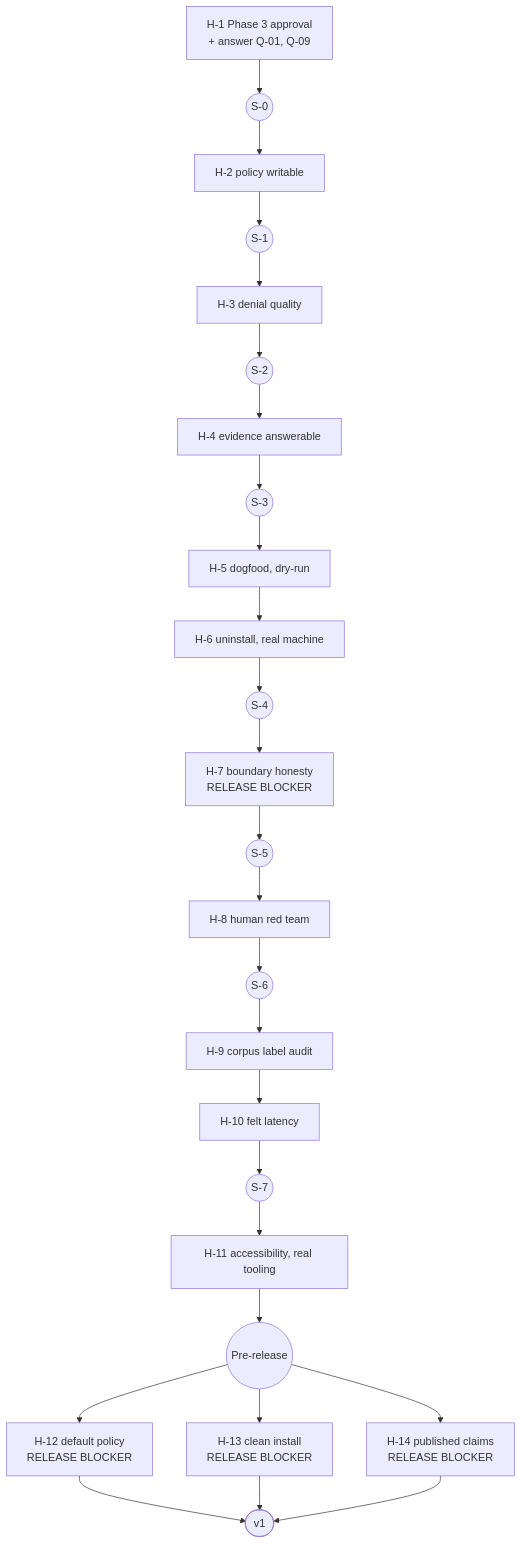
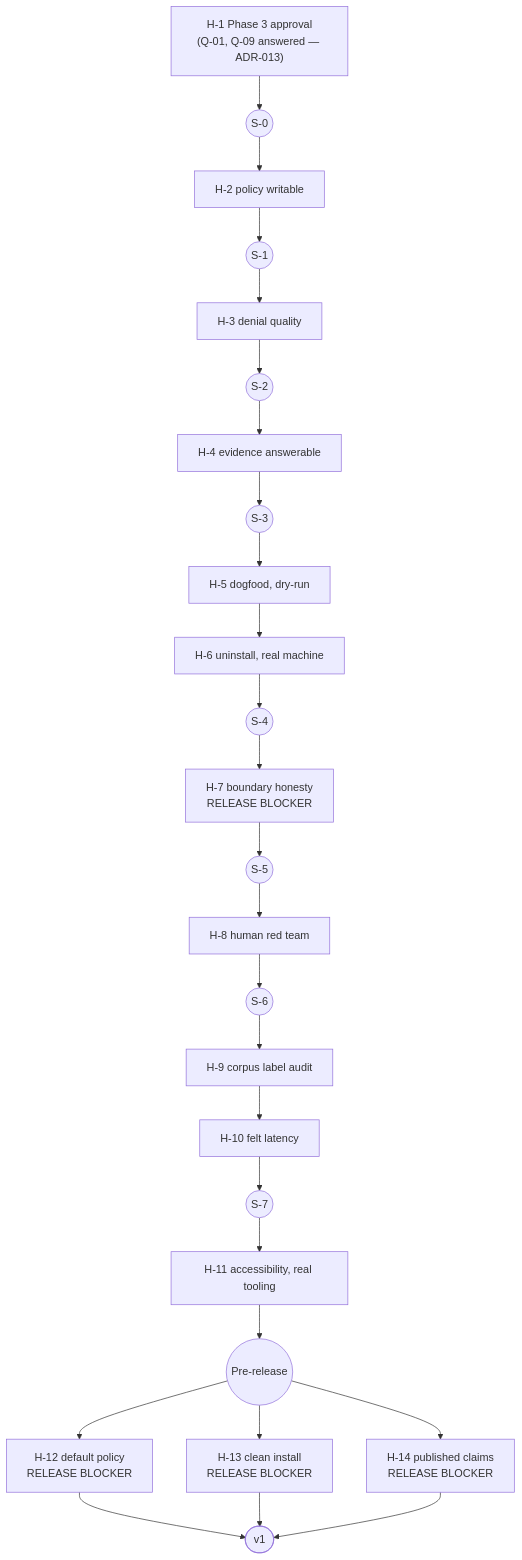
One commit to AriesNg/ai-guard-bot changed the second of 2 diagrams in docs/07-implementation/implementation-plan.md. Above: the diagram before and after it, drawn with Mermaid. The commit also changed other lines of this file and 13 other files, not shown here.

````diff
--- a/docs/07-implementation/implementation-plan.md
+++ b/docs/07-implementation/implementation-plan.md
@@ -320,19 +324,19 @@
 ```mermaid
 flowchart TD
-    H1["H-1 Phase 3 approval<br/>+ answer Q-01, Q-09"] --> S0(("S-0"))
+    H1["H-1 Phase 3 approval<br/>(Q-01, Q-09 answered — ADR-013)"] --> S0(("S-0"))
     S0 --> H2["H-2 policy writable"]
     H2 --> S1(("S-1")) --> H3["H-3 denial quality"]
     H3 --> S2(("S-2")) --> H4["H-4 evidence answerable"]
     H4 --> S3(("S-3")) --> H5["H-5 dogfood, dry-run"] --> H6["H-6 uninstall, real machine"]
     H6 --> S4(("S-4")) --> H7["H-7 boundary honesty<br/>RELEASE BLOCKER"]
     H7 --> S5(("S-5")) --> H8["H-8 human red team"]
     H8 --> S6(("S-6")) --> H9["H-9 corpus label audit"] --> H10["H-10 felt latency"]
     H10 --> S7(("S-7")) --> H11["H-11 accessibility, real tooling"]
     H11 --> PRS(("Pre-release"))
     PRS --> H12["H-12 default policy<br/>RELEASE BLOCKER"]
     PRS --> H13["H-13 clean install<br/>RELEASE BLOCKER"]
     PRS --> H14["H-14 published claims<br/>RELEASE BLOCKER"]
     H12 --> REL(["v1"])
     H13 --> REL
     H14 --> REL
 ```
````
